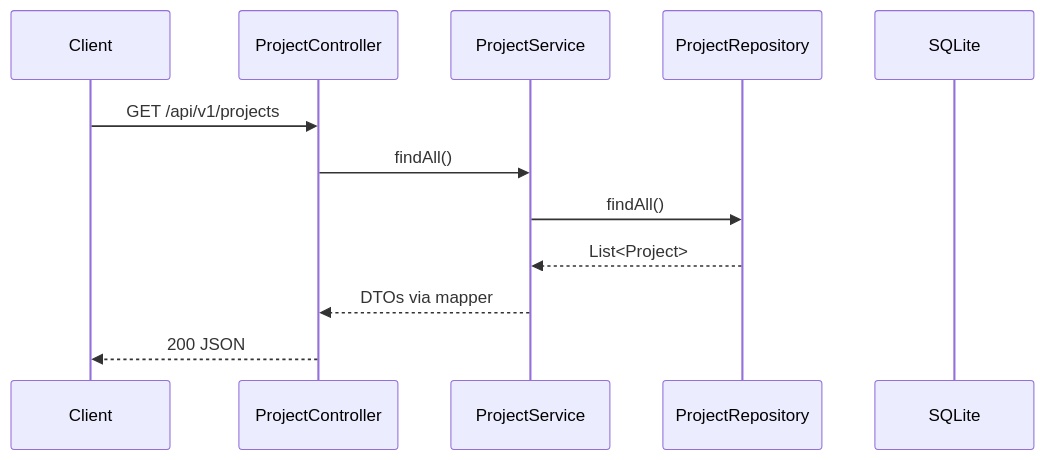
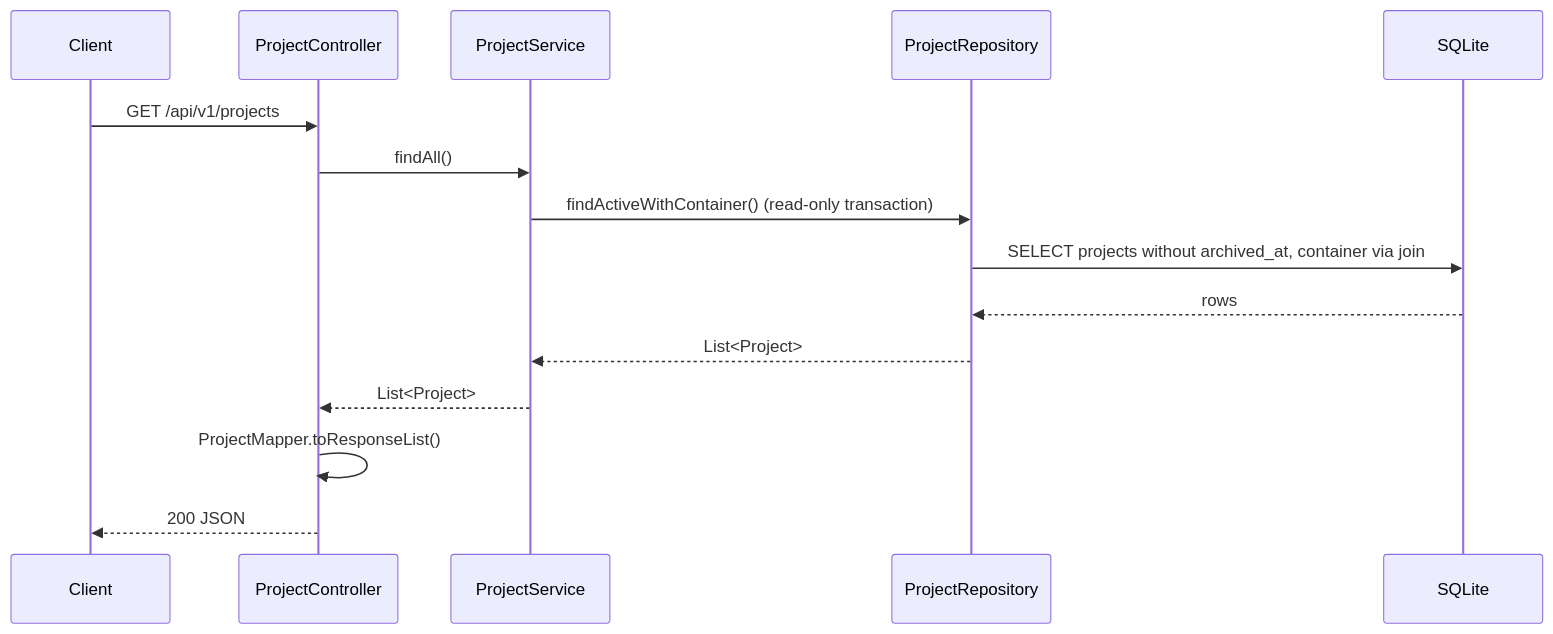
One commit to FLSEST/MySuricates changed the third of 3 diagrams in docs/en/request-lifecycle-diagrams.md. Above: the diagram before and after it, drawn with Mermaid. The commit also changed other lines of this file and 4 other files, not shown here.

First line of the commit message:
docs(diagramme): Request page corrects 403, error format, rate-limit defaults and open endpoints

````diff
--- a/docs/en/request-lifecycle-diagrams.md
+++ b/docs/en/request-lifecycle-diagrams.md
@@ -58,15 +58,18 @@
 ```mermaid
 sequenceDiagram
     participant Client
     participant CTR as ProjectController
     participant SVC as ProjectService
     participant REP as ProjectRepository
     participant DB as SQLite
 
     Client->>CTR: GET /api/v1/projects
     CTR->>SVC: findAll()
-    SVC->>REP: findAll()
+    SVC->>REP: findActiveWithContainer() (read-only transaction)
+    REP->>DB: SELECT projects without archived_at, container via join
+    DB-->>REP: rows
     REP-->>SVC: List<Project>
-    SVC-->>CTR: DTOs via mapper
+    SVC-->>CTR: List<Project>
+    CTR->>CTR: ProjectMapper.toResponseList()
     CTR-->>Client: 200 JSON
 ```
````
